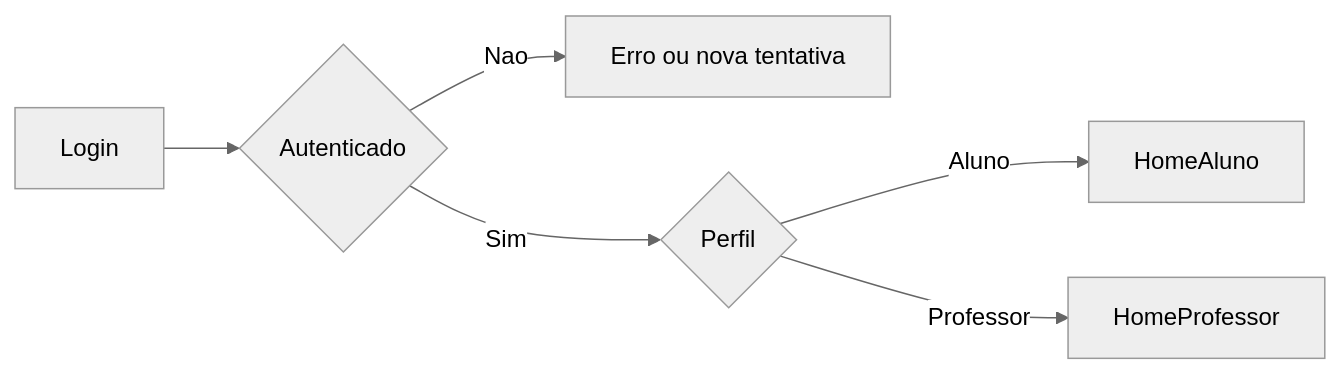
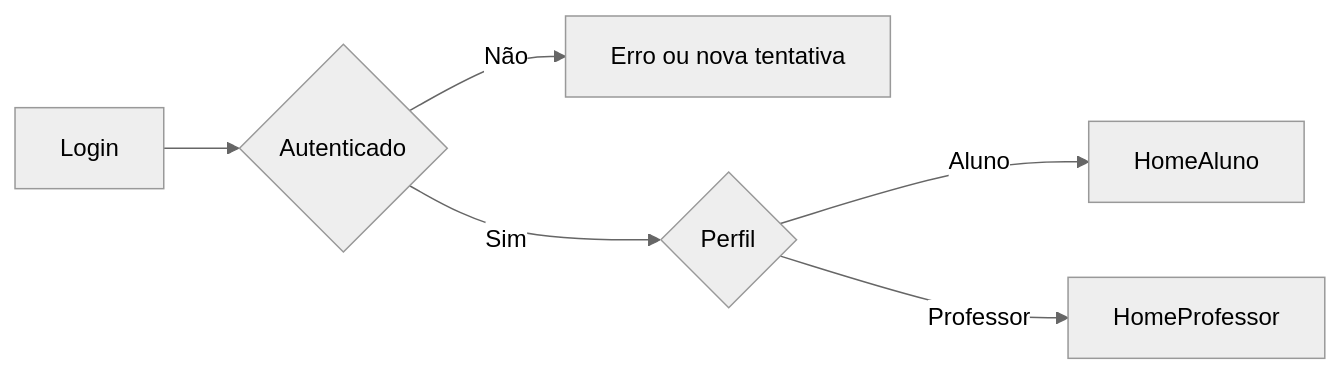
The diagram in docs/user-flows.md (caiolinsdev/REMA), drawn with Mermaid (neutral theme) before and after one commit. The commit also changed other lines of this file and 43 other files, not shown here.

````diff
--- a/docs/user-flows.md
+++ b/docs/user-flows.md
@@ -10,8 +10,8 @@
 ```mermaid
 flowchart LR
   login[Login] --> authOk{Autenticado}
-  authOk -->|Nao| loginError[Erro ou nova tentativa]
+  authOk -->|Não| loginError[Erro ou nova tentativa]
   authOk -->|Sim| roleCheck{Perfil}
   roleCheck -->|Aluno| alunoHome[HomeAluno]
   roleCheck -->|Professor| professorHome[HomeProfessor]
 ```
````
